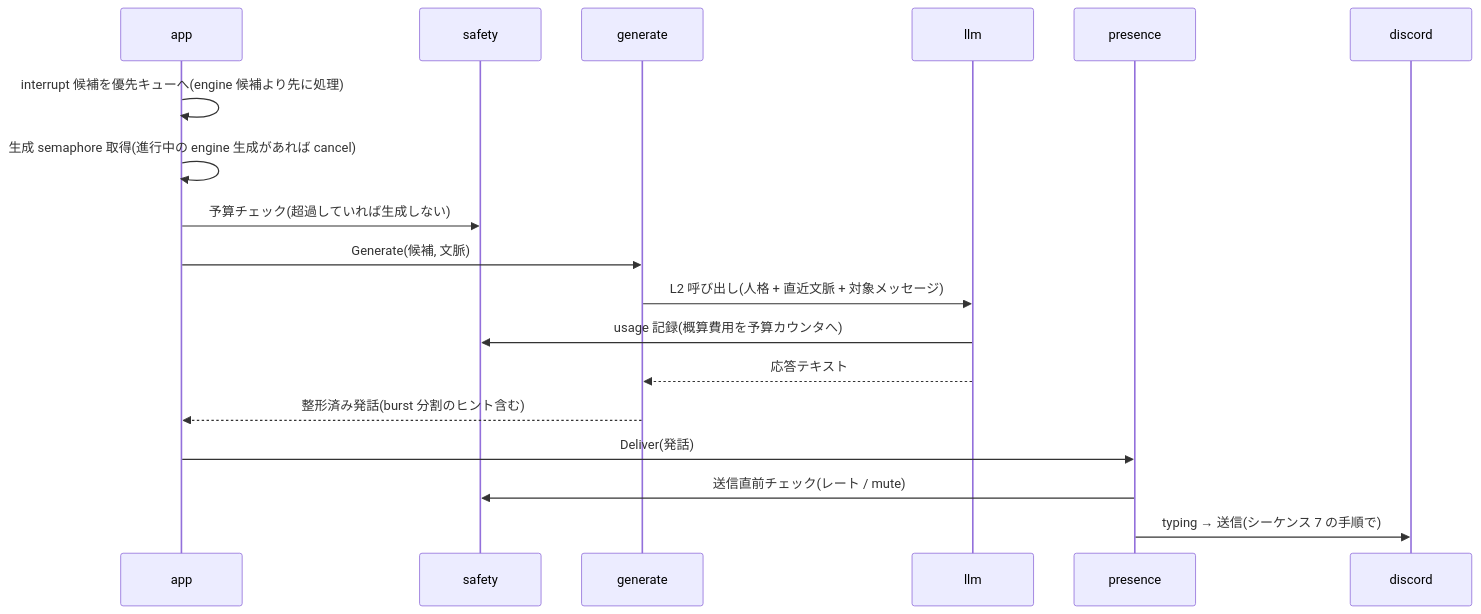
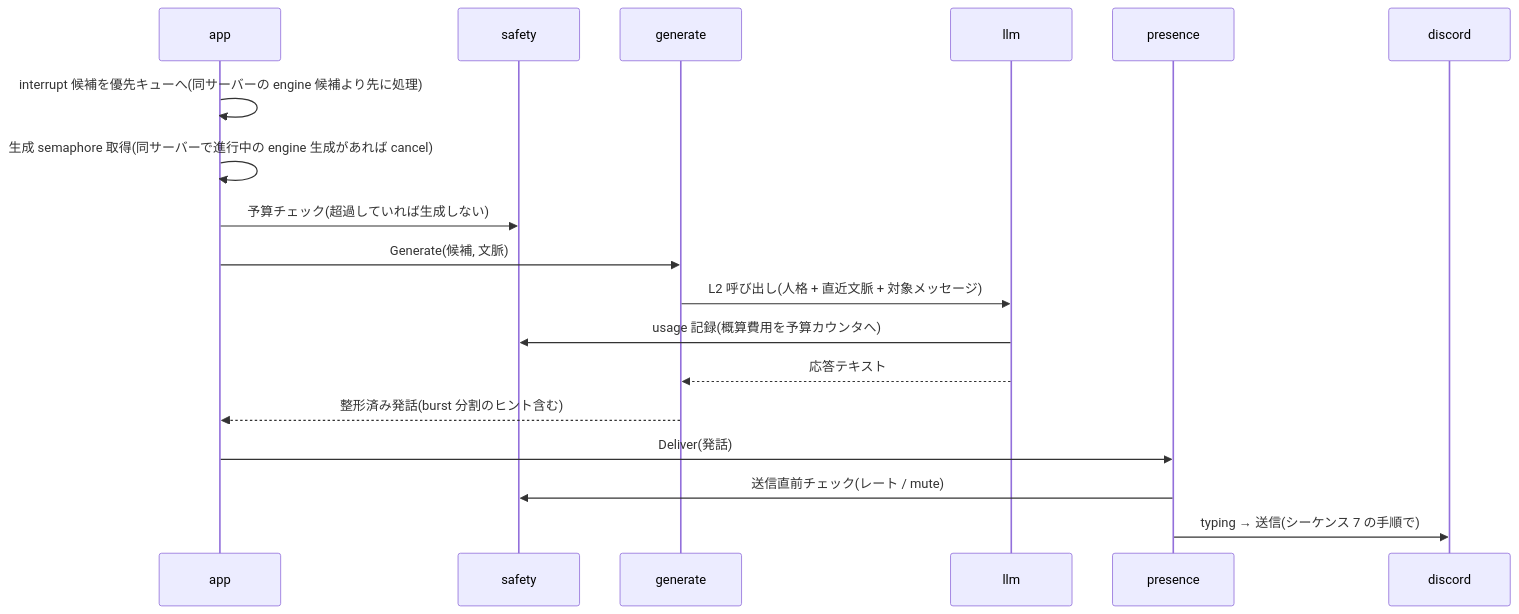
Before and after one commit to mimicord/mimicord: the fourth of 8 diagrams in docs/behavior-mapping.md, drawn with Mermaid. The commit also changed other lines of this file, not shown here.

Commit message:
レビュー対応: 同時生成 1 件の範囲をサーバー(ギルド)単位に明確化
「同時生成 1 件」の semaphore の範囲が global(プロセス全体)では、
マルチサーバー化したときに別サーバーの生成まで直列化されてしまい
不適切。「サーバー(ギルド)単位の semaphore」に修正し、interrupt
の優先処理・進行中生成のキャンセル範囲も同サーバー内に限定する。

- 横断ルール 3: global semaphore → サーバー(ギルド)ごとの semaphore
- シーケンス 3 のセマフォ取得とキャンセル: 同サーバー内に限定
- 責務一覧の internal/app: サーバー単位の semaphore と明記

https://claude.ai/code/session_01DxnVTJpUxckNRe1tsoNZ4r

````diff
--- a/docs/behavior-mapping.md
+++ b/docs/behavior-mapping.md
@@ -120,21 +120,21 @@
 ```mermaid
 sequenceDiagram
     participant A as app
     participant S as safety
     participant G as generate
     participant LM as llm
     participant P as presence
     participant D as discord
 
-    A->>A: interrupt 候補を優先キューへ(engine 候補より先に処理)
-    A->>A: 生成 semaphore 取得(進行中の engine 生成があれば cancel)
+    A->>A: interrupt 候補を優先キューへ(同サーバーの engine 候補より先に処理)
+    A->>A: 生成 semaphore 取得(同サーバーで進行中の engine 生成があれば cancel)
     A->>S: 予算チェック(超過していれば生成しない)
     A->>G: Generate(候補, 文脈)
     G->>LM: L2 呼び出し(人格 + 直近文脈 + 対象メッセージ)
     LM->>S: usage 記録(概算費用を予算カウンタへ)
     LM-->>G: 応答テキスト
     G-->>A: 整形済み発話(burst 分割のヒント含む)
     A->>P: Deliver(発話)
     P->>S: 送信直前チェック(レート / mute)
     P->>D: typing → 送信(シーケンス 7 の手順で)
 ```
````
